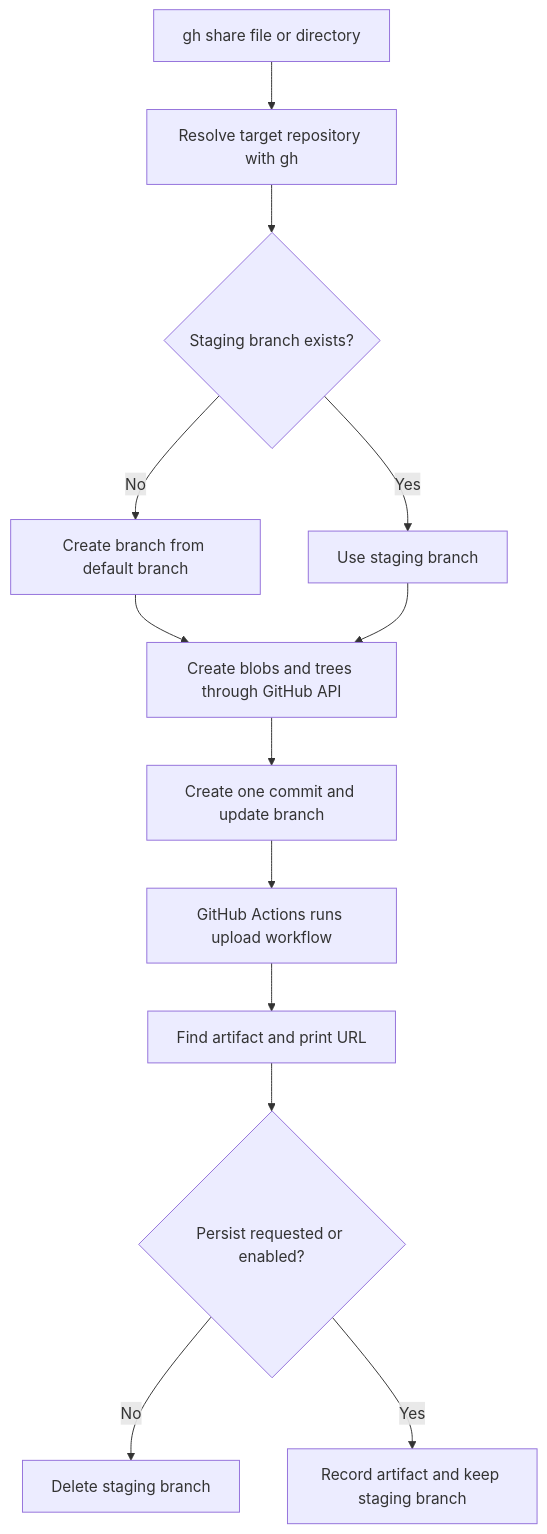
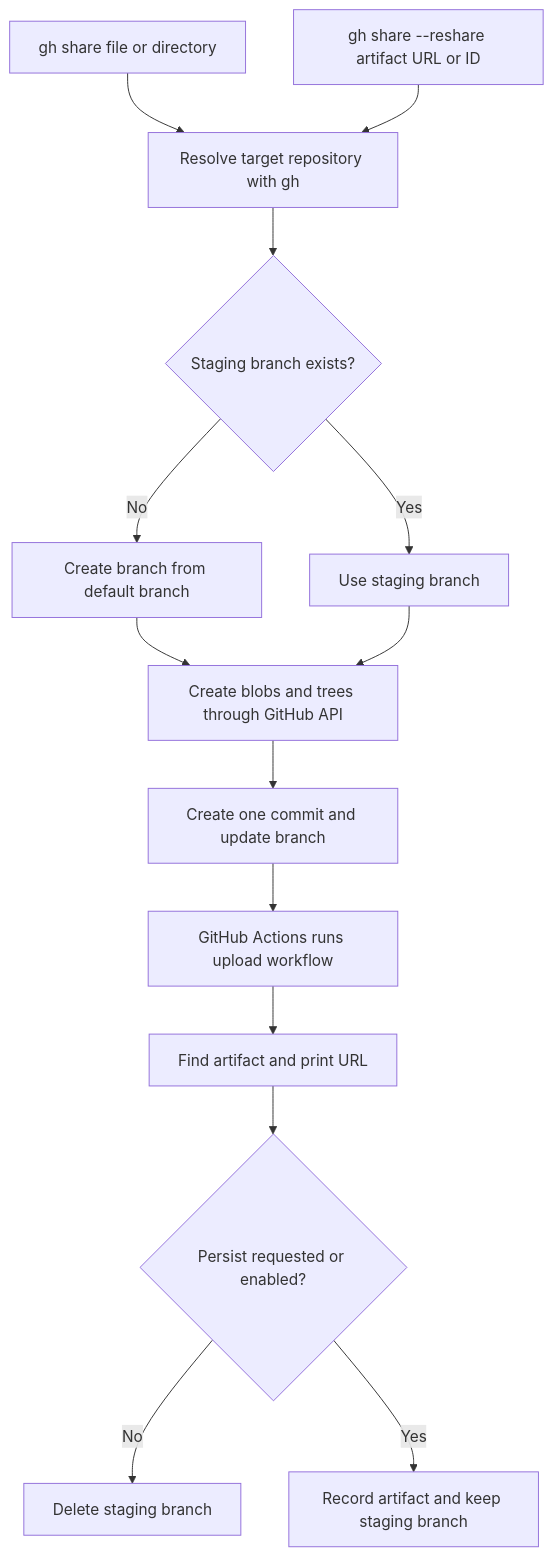
The diagram in README.md (master-ai0107/gh-extension), drawn with Mermaid before and after one commit. The commit also changed other lines of this file, not shown here.

First line of the commit message:
docs: document --reshare

````diff
--- a/README.md
+++ b/README.md
@@ -71,15 +81,16 @@
 ```mermaid
 flowchart TD
     A[gh share file or directory] --> B[Resolve target repository with gh]
+    A2[gh share --reshare artifact URL or ID] --> B
     B --> C{Staging branch exists?}
     C -->|No| D[Create branch from default branch]
     C -->|Yes| E[Use staging branch]
     D --> F[Create blobs and trees through GitHub API]
     E --> F
     F --> G[Create one commit and update branch]
     G --> H[GitHub Actions runs upload workflow]
     H --> I[Find artifact and print URL]
     I --> J{Persist requested or enabled?}
     J -->|No| K[Delete staging branch]
     J -->|Yes| L[Record artifact and keep staging branch]
 ```
````
